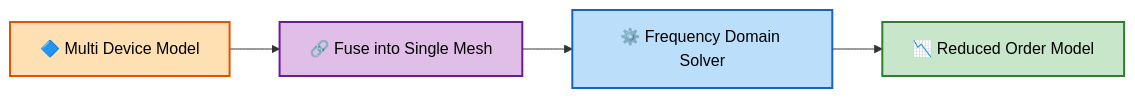
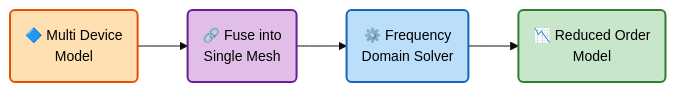
The second of 6 diagrams in docs/architecture.md (Dark-Elektron/cavsim3d), drawn with Mermaid before and after one commit. The commit also changed other lines of this file and 32 other files, not shown here.

````diff
--- a/docs/architecture.md
+++ b/docs/architecture.md
@@ -21,8 +20,9 @@
 ```mermaid
+%%{init: {'theme': 'base', 'themeVariables': {'fontSize': '14px'}}}%%
 graph LR
-    A2["🔷 Multi Device Model"]:::input --> B2["🔗 Fuse into Single Mesh"]:::fuse --> C2["⚙️ Frequency Domain Solver"]:::process --> D2["📉 Reduced Order Model"]:::output
+    A2("🔷 Multi Device<br/>Model"):::input --> B2("🔗 Fuse into<br/>Single Mesh"):::concat --> C2("⚙️ Frequency<br/>Domain Solver"):::process --> D2("📉 Reduced Order<br/>Model"):::output
     classDef input fill:#ffe0b2,stroke:#e65100,stroke-width:2px,color:#000
-    classDef fuse fill:#e1bee7,stroke:#6a1b9a,stroke-width:2px,color:#000
+    classDef concat fill:#e1bee7,stroke:#6a1b9a,stroke-width:2px,color:#000
     classDef process fill:#bbdefb,stroke:#1565c0,stroke-width:2px,color:#000
     classDef output fill:#c8e6c9,stroke:#2e7d32,stroke-width:2px,color:#000
 ```
````
